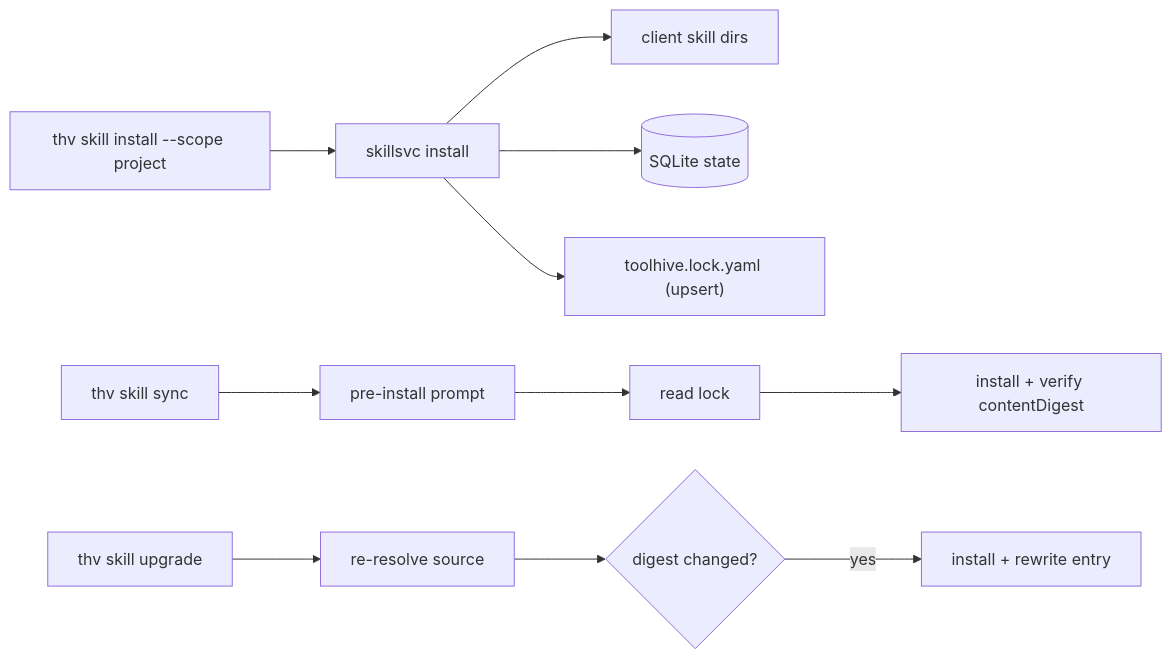
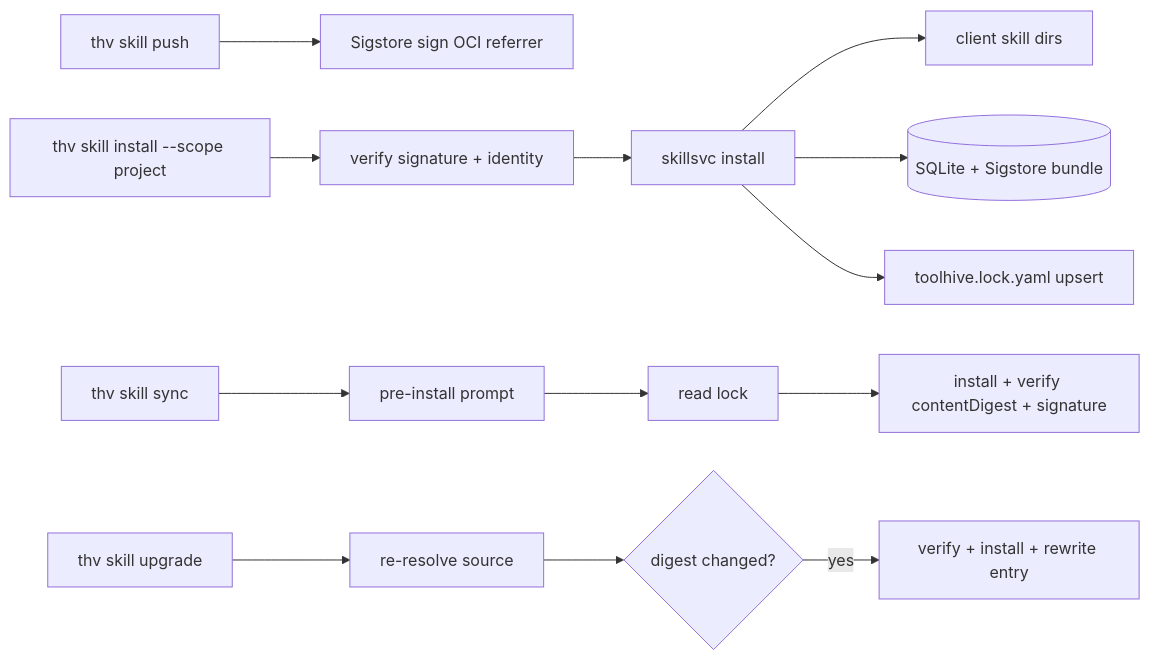
The diagram in rfcs/THV-0080-skills-lock-file.md (stacklok/toolhive-rfcs), drawn with Mermaid before and after one commit. The commit also changed other lines of this file, not shown here.

Commit message:
Fold Sigstore signing into v1 scope

````diff
--- a/rfcs/THV-0080-skills-lock-file.md
+++ b/rfcs/THV-0080-skills-lock-file.md
@@ -43,10 +44,12 @@
 ```mermaid
 flowchart LR
-    installCmd["thv skill install --scope project"] --> svc[skillsvc install]
+    pushCmd["thv skill push"] --> sign["Sigstore sign OCI referrer"]
+    installCmd["thv skill install --scope project"] --> verify["verify signature + identity"]
+    verify --> svc[skillsvc install]
     svc --> files["client skill dirs"]
-    svc --> db[(SQLite state)]
-    svc --> lock["toolhive.lock.yaml (upsert)"]
+    svc --> db[(SQLite + Sigstore bundle)]
+    svc --> lock["toolhive.lock.yaml upsert"]
     syncCmd["thv skill sync"] --> prompt["pre-install prompt"]
-    prompt --> lock2["read lock"] --> pinned["install + verify contentDigest"]
-    upgradeCmd["thv skill upgrade"] --> reresolve["re-resolve source"] --> compare{"digest changed?"} -->|yes| rewrite["install + rewrite entry"]
+    prompt --> lock2["read lock"] --> pinned["install + verify contentDigest + signature"]
+    upgradeCmd["thv skill upgrade"] --> reresolve["re-resolve source"] --> compare{"digest changed?"} -->|yes| rewrite["verify + install + rewrite entry"]
 ```
````
